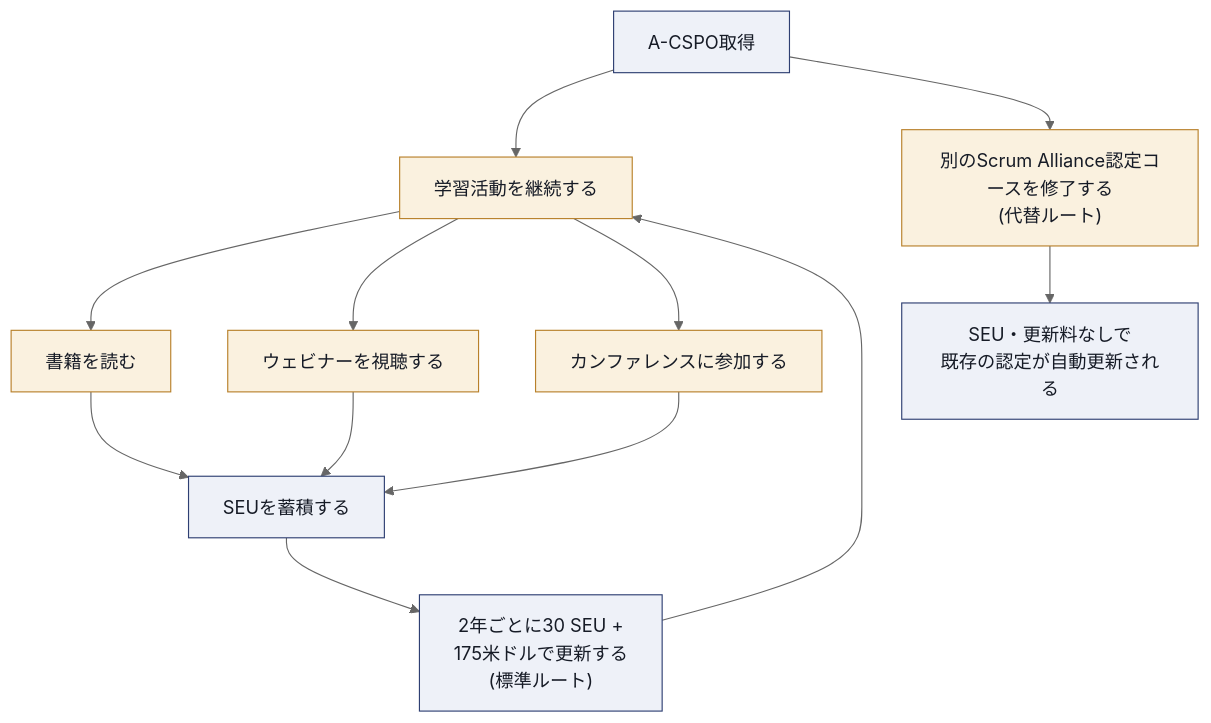
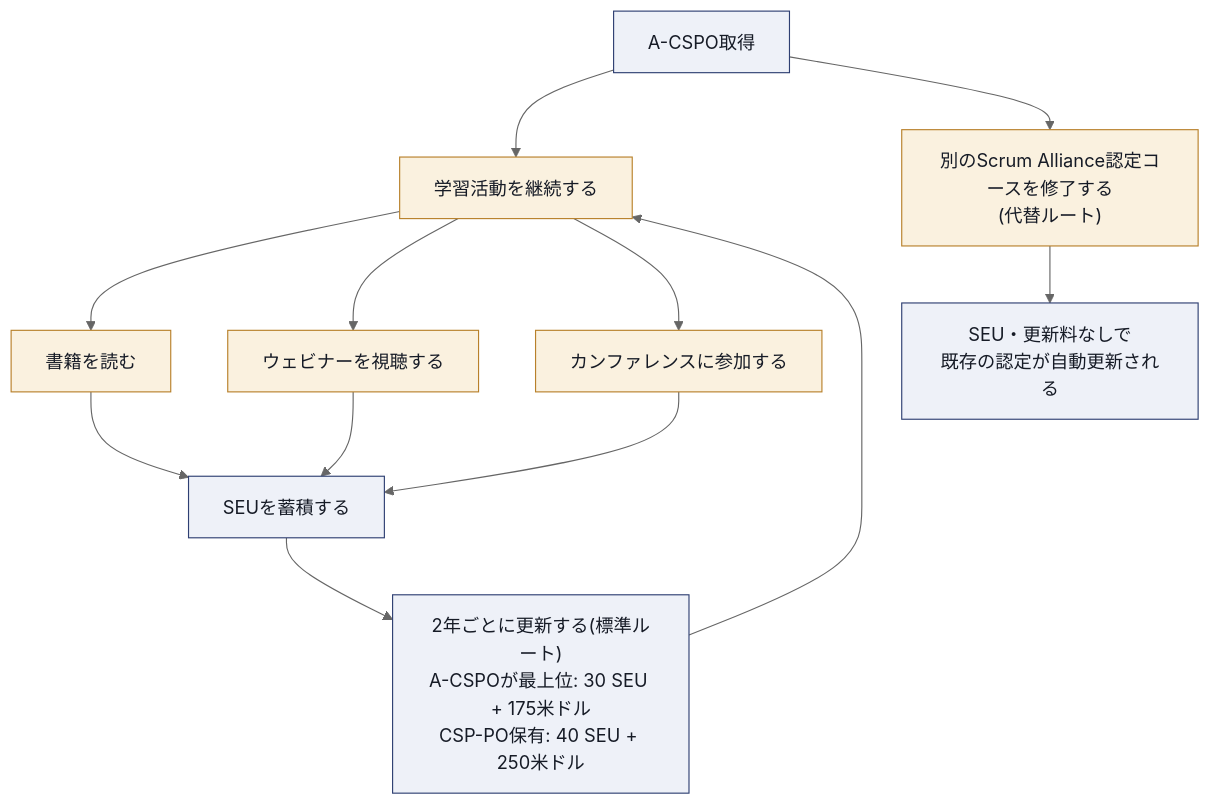
Diagram 17 of 17 in A-cspo-advanced-certified-scrum-product-owner-study-guide.md (myoshi2891/Management-Team-Building-Studies), drawn with Mermaid (neutral theme) before and after one commit. The commit also changed other lines of this file and 1 other file, not shown here.

Commit message:
docs: update A-CSPO and CSP-PO guides with reference links and content corrections

````diff
--- a/A-cspo-advanced-certified-scrum-product-owner-study-guide.md
+++ b/A-cspo-advanced-certified-scrum-product-owner-study-guide.md
@@ -947,19 +857,19 @@
 ```mermaid
 flowchart TD
     A["A-CSPO取得"] --> B["学習活動を継続する"]
     B --> B1["書籍を読む"]
     B --> B2["ウェビナーを視聴する"]
     B --> B3["カンファレンスに参加する"]
     B1 --> C["SEUを蓄積する"]
     B2 --> C
     B3 --> C
-    C --> D["2年ごとに30 SEU +<br/>175米ドルで更新する<br/>(標準ルート)"]
+    C --> D["2年ごとに更新する(標準ルート)<br/>A-CSPOが最上位: 30 SEU + 175米ドル<br/>CSP-PO保有: 40 SEU + 250米ドル"]
     D --> B
     A --> ALT["別のScrum Alliance認定コースを修了する<br/>(代替ルート)"]
     ALT --> D2["SEU・更新料なしで<br/>既存の認定が自動更新される"]
 
     classDef box fill:#EEF1F8,stroke:#2E3F72,color:#161B26
     classDef hub fill:#FAF1DF,stroke:#B8802A,color:#161B26
     class A,C,D,D2 box
     class B,B1,B2,B3,ALT hub
 ```
````
